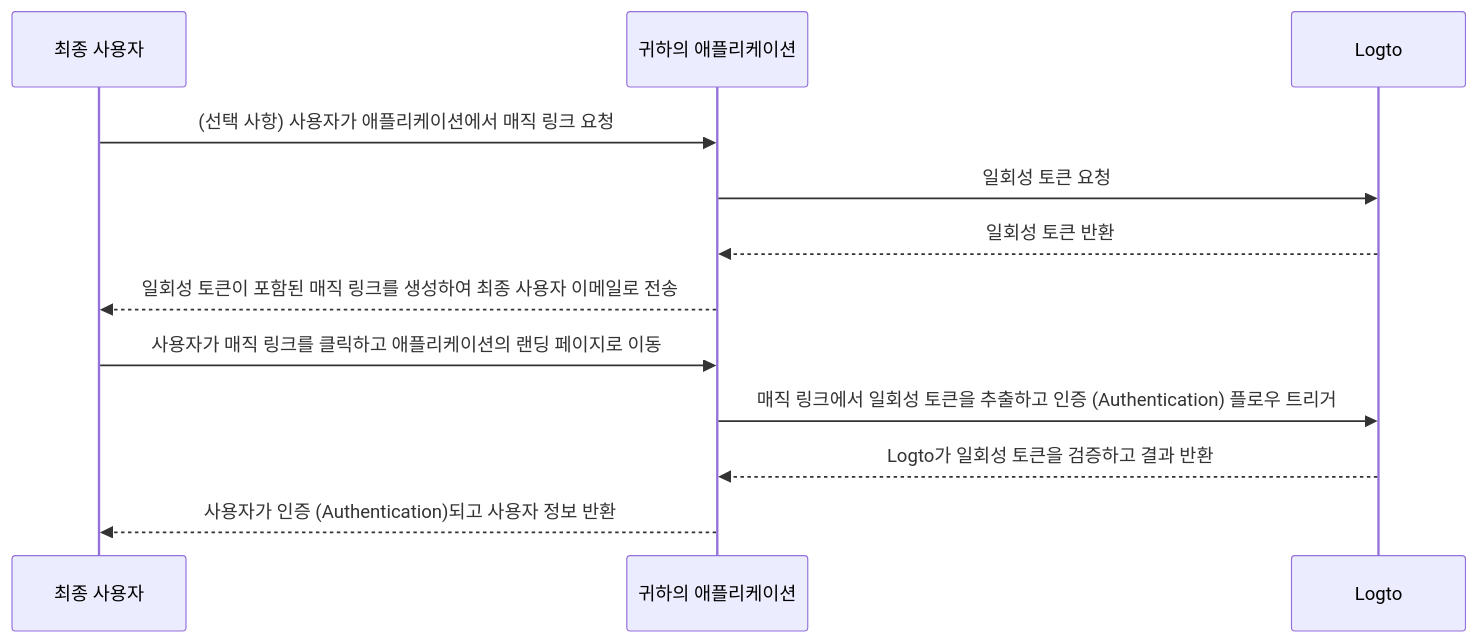
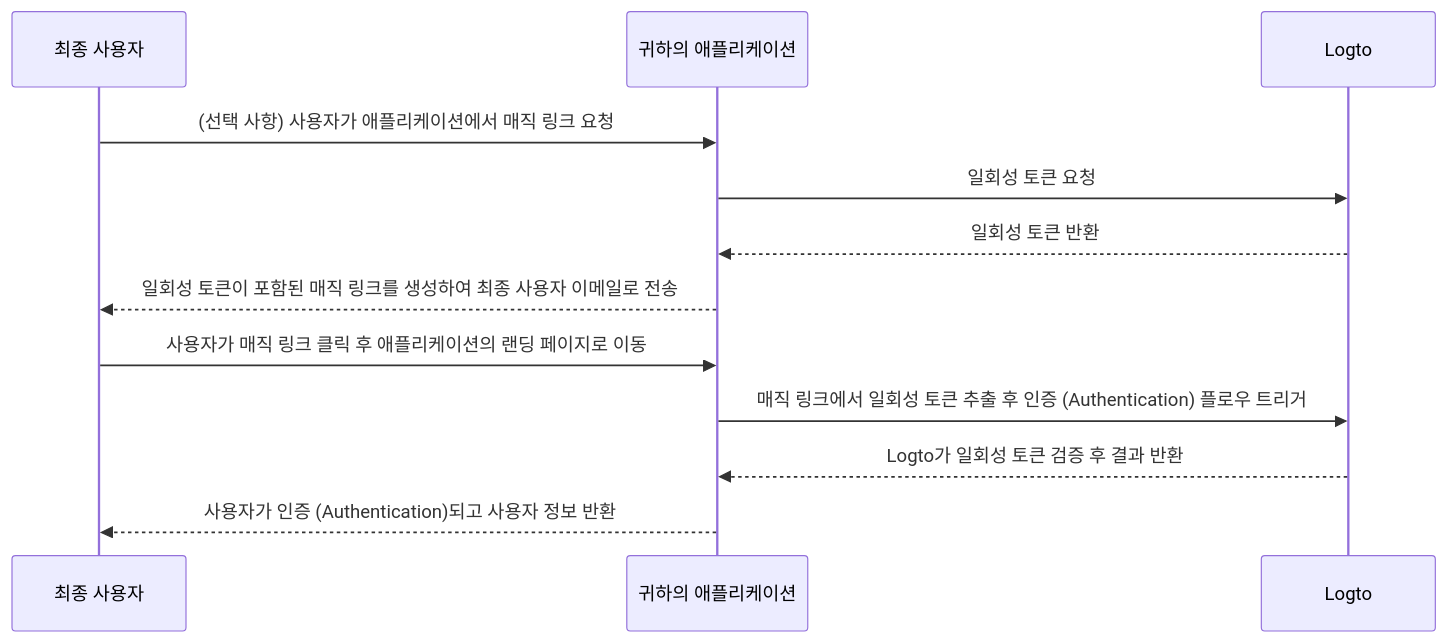
One commit to logto-io/docs changed the diagram in i18n/ko/docusaurus-plugin-content-docs/current/end-user-flows/one-time-token.mdx. Above: the diagram before and after it, drawn with Mermaid. The commit also changed other lines of this file and 35 other files, not shown here.

````diff
--- a/i18n/ko/docusaurus-plugin-content-docs/current/end-user-flows/one-time-token.mdx
+++ b/i18n/ko/docusaurus-plugin-content-docs/current/end-user-flows/one-time-token.mdx
@@ -24,15 +24,15 @@
 ```mermaid
 sequenceDiagram
   participant U as 최종 사용자
   participant C as 귀하의 애플리케이션
   participant L as Logto
 
   U ->> C: (선택 사항) 사용자가 애플리케이션에서 매직 링크 요청
   C ->> L: 일회성 토큰 요청
   L -->> C: 일회성 토큰 반환
   C -->> U: 일회성 토큰이 포함된 매직 링크를 생성하여 최종 사용자 이메일로 전송
-  U ->> C: 사용자가 매직 링크를 클릭하고 애플리케이션의 랜딩 페이지로 이동
-  C ->> L: 매직 링크에서 일회성 토큰을 추출하고 인증 (Authentication) 플로우 트리거
-  L -->> C: Logto가 일회성 토큰을 검증하고 결과 반환
+  U ->> C: 사용자가 매직 링크 클릭 후 애플리케이션의 랜딩 페이지로 이동
+  C ->> L: 매직 링크에서 일회성 토큰 추출 후 인증 (Authentication) 플로우 트리거
+  L -->> C: Logto가 일회성 토큰 검증 후 결과 반환
   C -->> U: 사용자가 인증 (Authentication)되고 사용자 정보 반환
 ```
````
